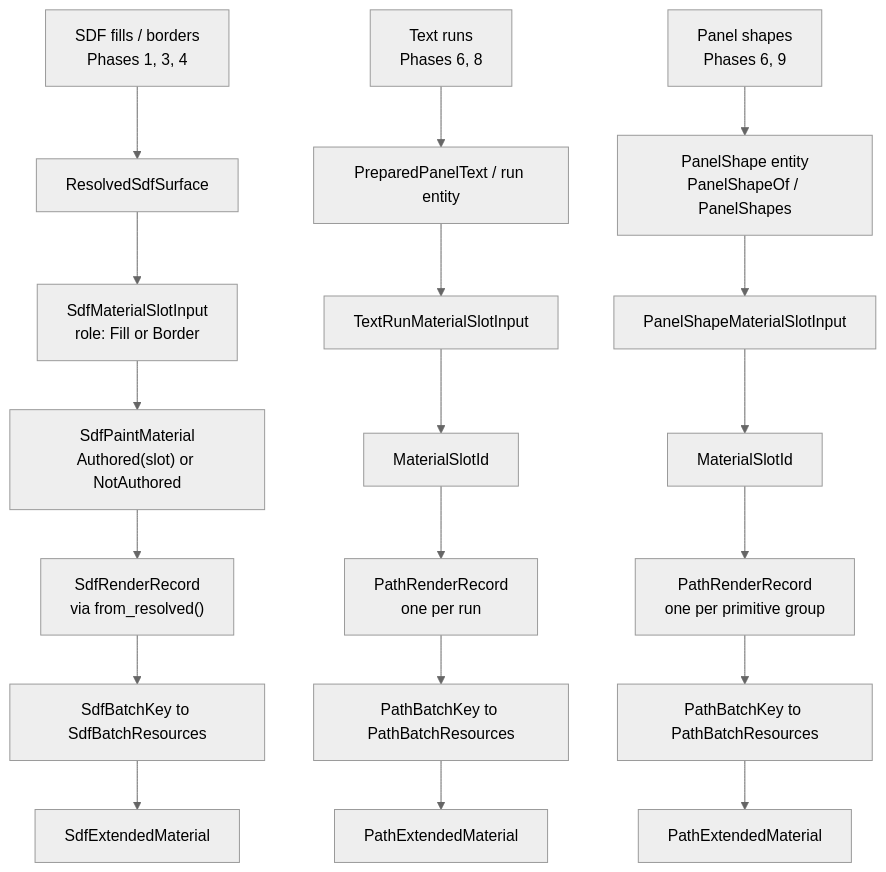
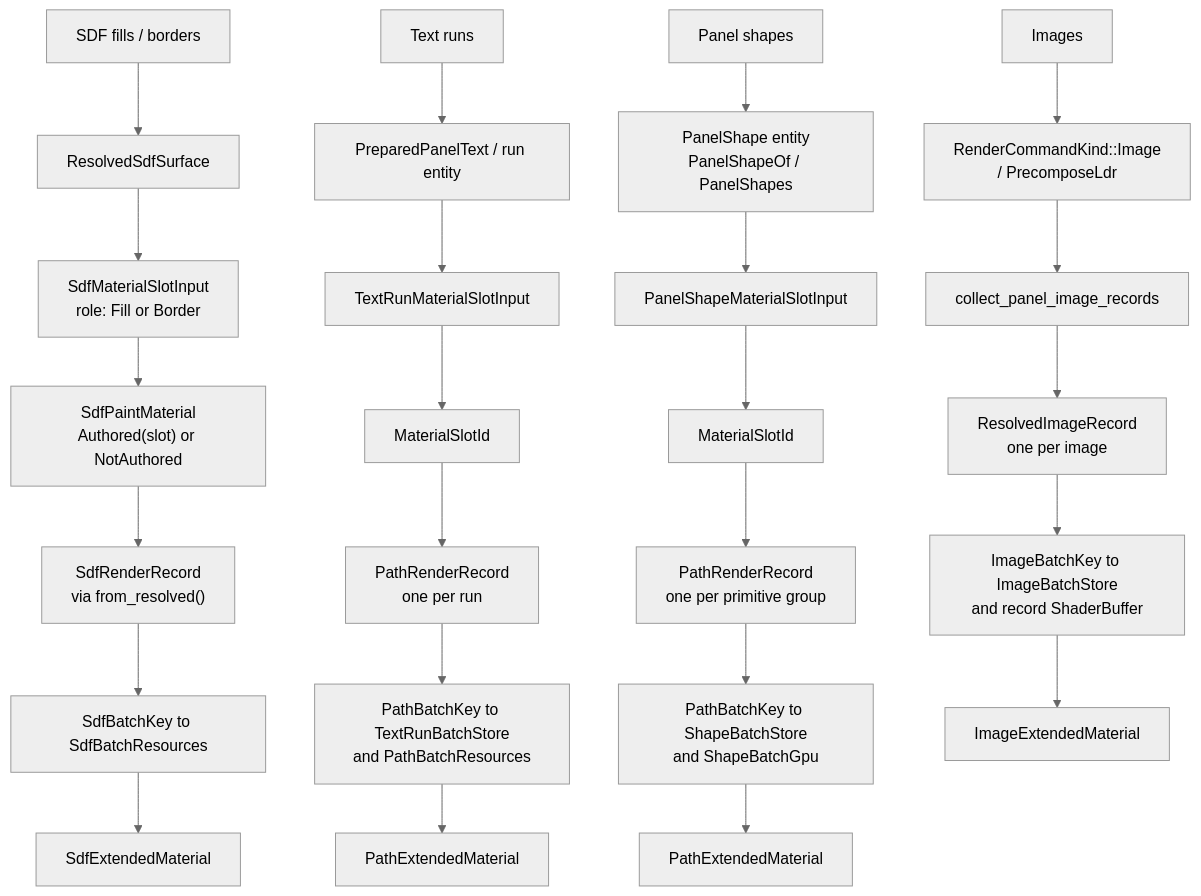
One commit to natepiano/hana changed the second of 8 diagrams in docs/bevy_diegetic/batching-diagram.md. Above: the diagram before and after it, drawn with Mermaid (neutral theme). The commit also changed other lines of this file and 17 other files, not shown here.

````diff
--- a/docs/bevy_diegetic/batching-diagram.md
+++ b/docs/bevy_diegetic/batching-diagram.md
@@ -74,27 +88,34 @@
 ```mermaid
 flowchart TD
-    sdfh["SDF fills / borders<br/>Phases 1, 3, 4"] --> s1["ResolvedSdfSurface"]
+    sdfh["SDF fills / borders"] --> s1["ResolvedSdfSurface"]
     s1 --> s2["`SdfMaterialSlotInput
     role: Fill or Border`"]
     s2 --> s3["`SdfPaintMaterial
     Authored(slot) or NotAuthored`"]
     s3 --> s4["`SdfRenderRecord
     via from_resolved()`"]
     s4 --> s5["SdfBatchKey to SdfBatchResources"]
     s5 --> s6["SdfExtendedMaterial"]
 
-    txth["Text runs<br/>Phases 6, 8"] --> t1["PreparedPanelText / run entity"]
+    txth["Text runs"] --> t1["PreparedPanelText / run entity"]
     t1 --> t2["TextRunMaterialSlotInput"]
     t2 --> t3["MaterialSlotId"]
     t3 --> t4["PathRenderRecord<br/>one per run"]
-    t4 --> t5["PathBatchKey to PathBatchResources"]
+    t4 --> t5["PathBatchKey to TextRunBatchStore<br/>and PathBatchResources"]
     t5 --> t6["PathExtendedMaterial"]
 
-    shph["Panel shapes<br/>Phases 6, 9"] --> p1["`PanelShape entity
+    shph["Panel shapes"] --> p1["`PanelShape entity
     PanelShapeOf / PanelShapes`"]
     p1 --> p2["PanelShapeMaterialSlotInput"]
     p2 --> p3["MaterialSlotId"]
     p3 --> p4["PathRenderRecord<br/>one per primitive group"]
-    p4 --> p5["PathBatchKey to PathBatchResources"]
+    p4 --> p5["PathBatchKey to ShapeBatchStore<br/>and ShapeBatchGpu"]
     p5 --> p6["PathExtendedMaterial"]
+
+    imgh["Images"] --> i1["`RenderCommandKind::Image
+    / PrecomposeLdr`"]
+    i1 --> i2["collect_panel_image_records"]
+    i2 --> i3["ResolvedImageRecord<br/>one per image"]
+    i3 --> i4["ImageBatchKey to ImageBatchStore<br/>and record ShaderBuffer"]
+    i4 --> i5["ImageExtendedMaterial"]
 ```
````
